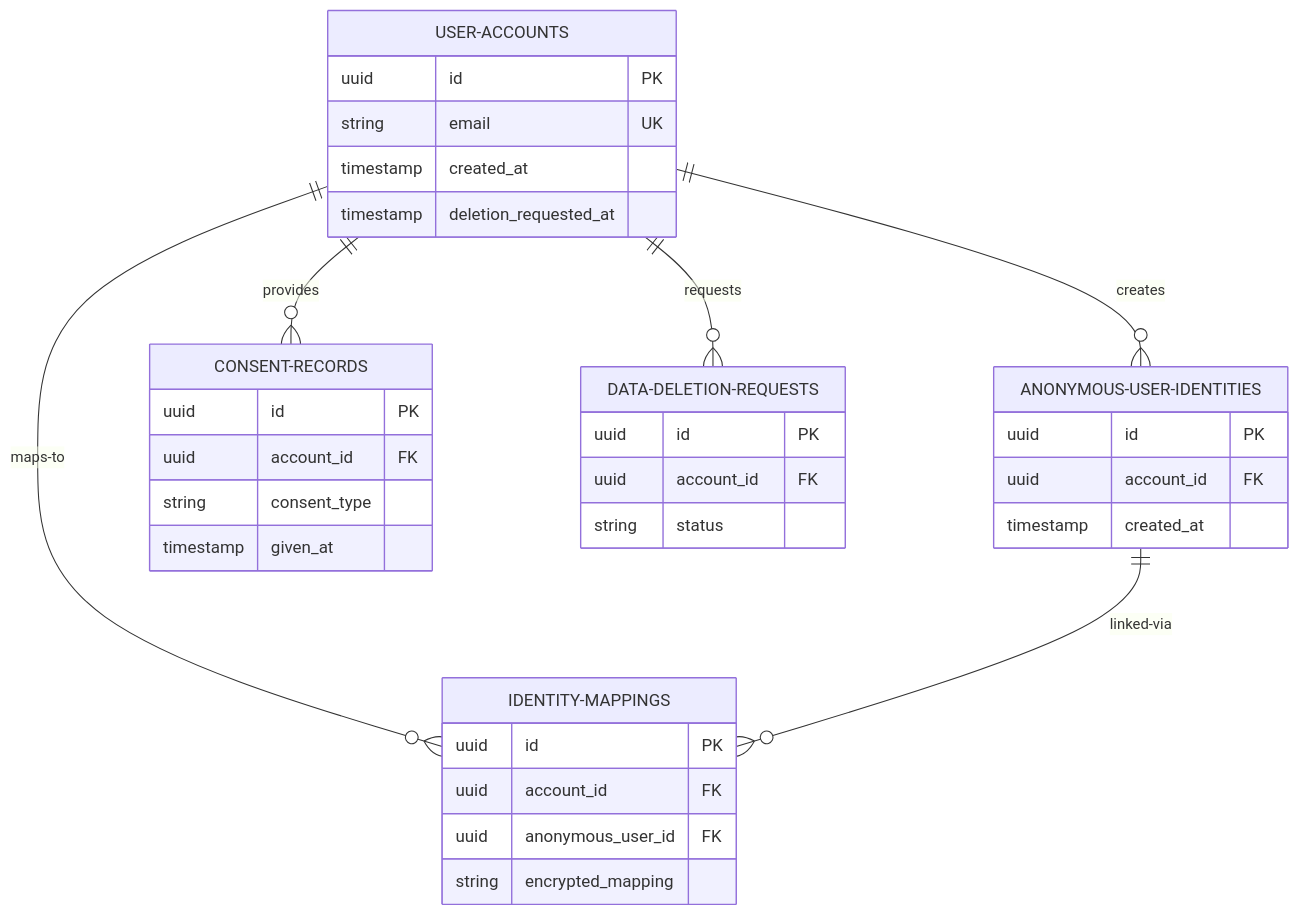
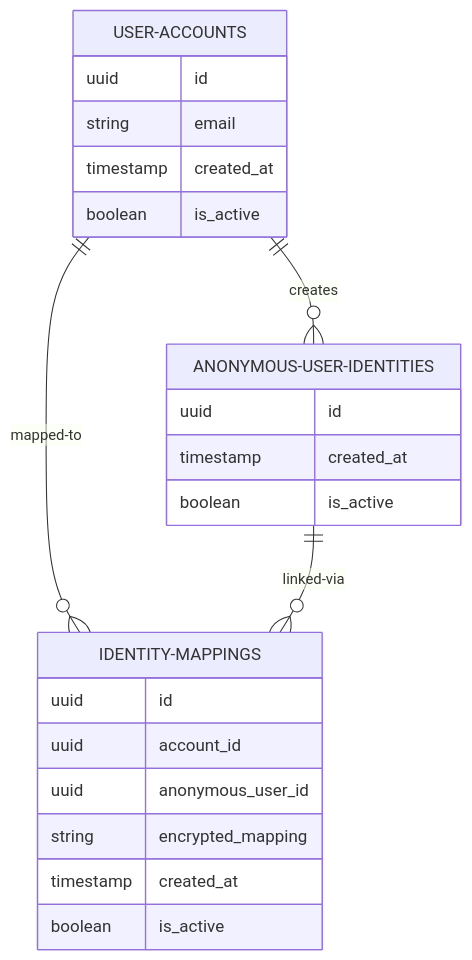
One commit to neomakes/neopip changed the second of 8 diagrams in 01_Planning/DATABASE_SCHEMA_MERMAID_ERD.md. Above: the diagram before and after it, drawn with Mermaid. The commit also changed other lines of this file and 1 other file, not shown here.

Commit message:
docs(db): update sql/mermaid ERD and update DB schema design

````diff
--- a/01_Planning/DATABASE_SCHEMA_MERMAID_ERD.md
+++ b/01_Planning/DATABASE_SCHEMA_MERMAID_ERD.md
@@ -463,41 +325,28 @@
 ```mermaid
 erDiagram
     USER-ACCOUNTS ||--o{ ANONYMOUS-USER-IDENTITIES : creates
-    USER-ACCOUNTS ||--o{ IDENTITY-MAPPINGS : "maps-to"
-    USER-ACCOUNTS ||--o{ CONSENT-RECORDS : provides
-    USER-ACCOUNTS ||--o{ DATA-DELETION-REQUESTS : requests
+    USER-ACCOUNTS ||--o{ IDENTITY-MAPPINGS : "mapped-to"
     ANONYMOUS-USER-IDENTITIES ||--o{ IDENTITY-MAPPINGS : "linked-via"
 
     USER-ACCOUNTS {
-        uuid id PK
-        string email UK
+        uuid id
+        string email
         timestamp created_at
-        timestamp deletion_requested_at
+        boolean is_active
     }
 
     ANONYMOUS-USER-IDENTITIES {
-        uuid id PK
-        uuid account_id FK
+        uuid id
         timestamp created_at
+        boolean is_active
     }
 
     IDENTITY-MAPPINGS {
-        uuid id PK
-        uuid account_id FK
-        uuid anonymous_user_id FK
+        uuid id
+        uuid account_id
+        uuid anonymous_user_id
         string encrypted_mapping
-    }
-
-    CONSENT-RECORDS {
-        uuid id PK
-        uuid account_id FK
-        string consent_type
-        timestamp given_at
-    }
-
-    DATA-DELETION-REQUESTS {
-        uuid id PK
-        uuid account_id FK
-        string status
+        timestamp created_at
+        boolean is_active
     }
 ```
````
